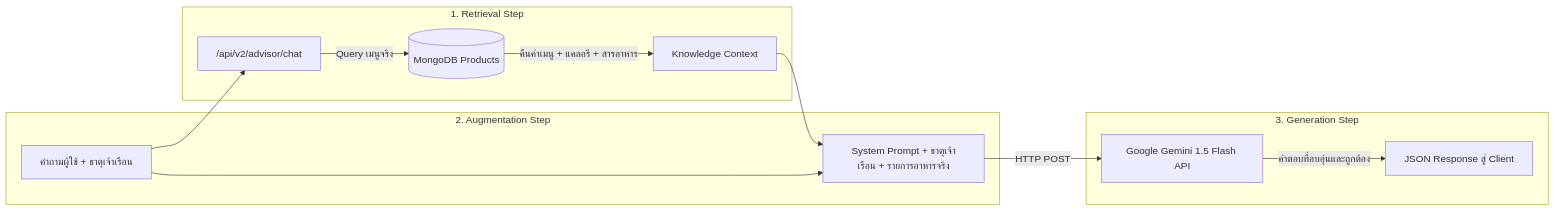
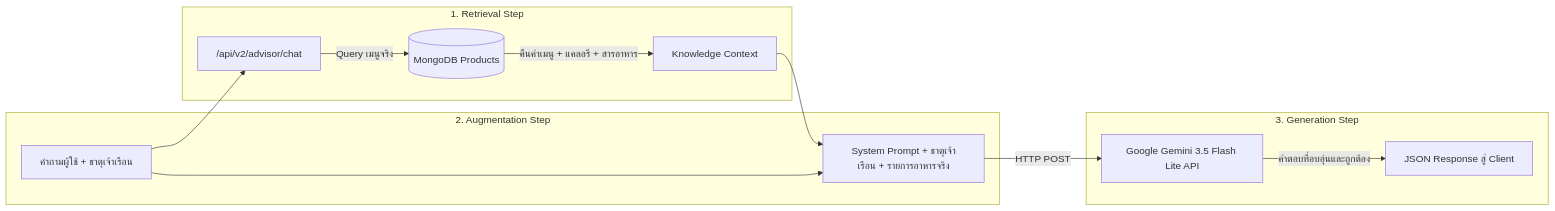
The third of 3 diagrams in README_Server.md (DeltaZhou1997/JSD13-That-tae-project), drawn with Mermaid before and after one commit. The commit also changed other lines of this file and 33 other files, not shown here.

````diff
--- a/README_Server.md
+++ b/README_Server.md
@@ -183,18 +183,18 @@
 ```mermaid
 flowchart LR
     UserQ["คำถามผู้ใช้ + ธาตุเจ้าเรือน"] --> Backend["/api/v2/advisor/chat"]
 
     subgraph Step1 ["1. Retrieval Step"]
         Backend -->|Query เมนูจริง| DB[("MongoDB Products")]
         DB -->|คืนค่าเมนู + แคลอรี + สารอาหาร| Context["Knowledge Context"]
     end
 
     subgraph Step2 ["2. Augmentation Step"]
         Context & UserQ --> SystemPrompt["System Prompt + ธาตุเจ้าเรือน + รายการอาหารจริง"]
     end
 
     subgraph Step3 ["3. Generation Step"]
-        SystemPrompt -->|HTTP POST| Gemini["Google Gemini 1.5 Flash API"]
+        SystemPrompt -->|HTTP POST| Gemini["Google Gemini 3.5 Flash Lite API"]
         Gemini -->|คำตอบที่อบอุ่นและถูกต้อง| Response["JSON Response สู่ Client"]
     end
 ```
````
